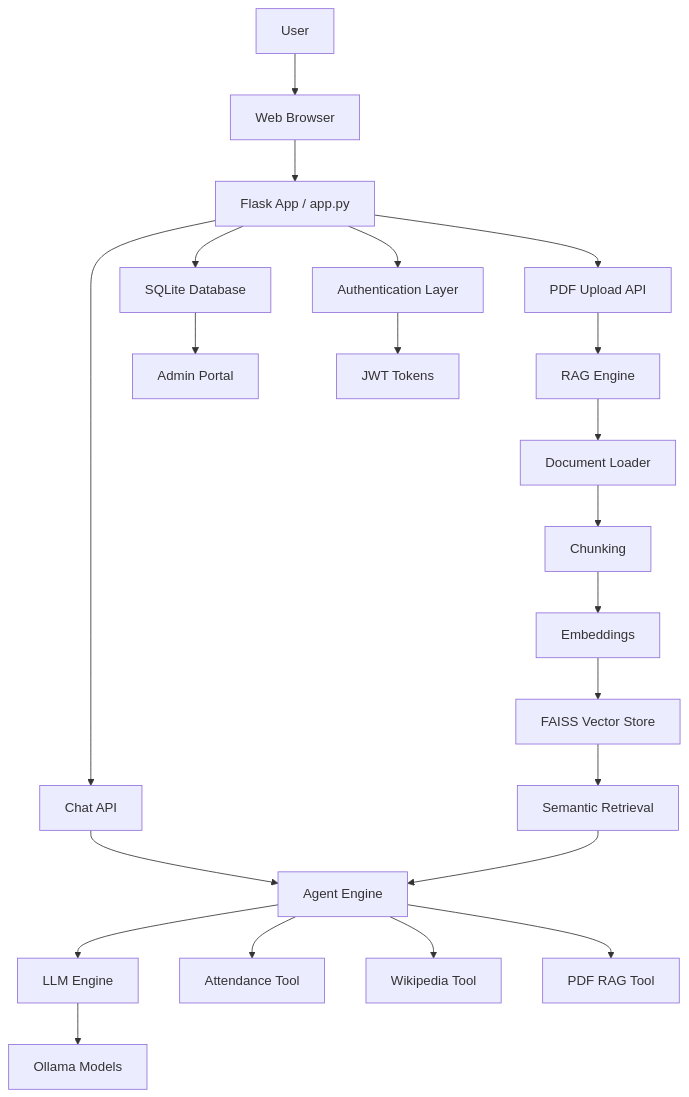
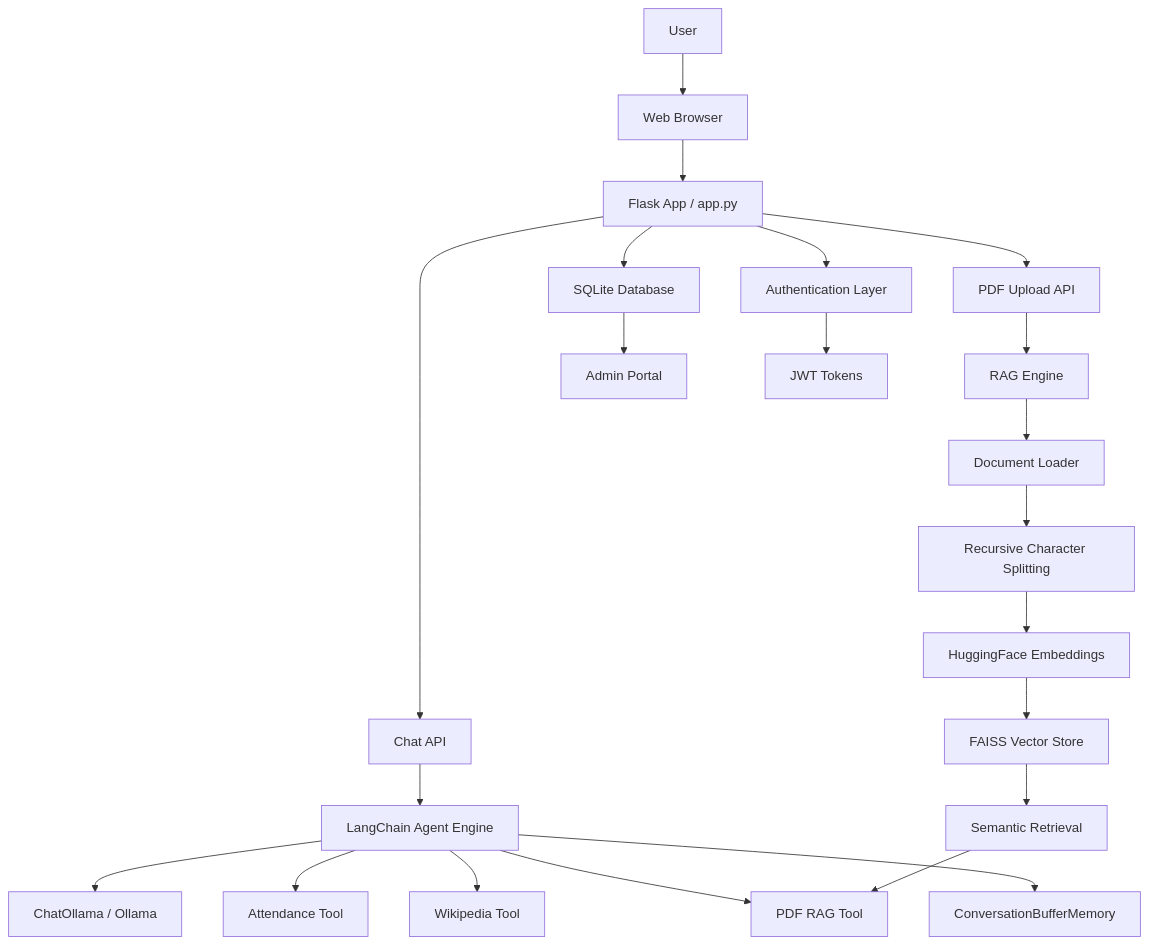
One commit to vignesh059/ollama-langchain-rag-assistant changed the second of 2 diagrams in README.md. Above: the diagram before and after it, drawn with Mermaid. The commit also changed other lines of this file, not shown here.

Commit message:
Highlight LangChain tools, memory, and RAG pipeline in README

````diff
--- a/README.md
+++ b/README.md
@@ -20,28 +96,27 @@
 ```mermaid
 flowchart TD
     U[User] --> B[Web Browser]
     B --> F[Flask App / app.py]
     F --> A[Authentication Layer]
     F --> C[Chat API]
     F --> P[PDF Upload API]
 
-    C --> E[Agent Engine]
-    E --> L[LLM Engine]
+    C --> E[LangChain Agent Engine]
+    E --> L[ChatOllama / Ollama]
     E --> T1[Attendance Tool]
     E --> T2[Wikipedia Tool]
     E --> T3[PDF RAG Tool]
-
-    L --> O[Ollama Models]
+    E --> MEM[ConversationBufferMemory]
 
     P --> R[RAG Engine]
     R --> D[Document Loader]
-    D --> S[Chunking]
-    S --> M[Embeddings]
+    D --> S[Recursive Character Splitting]
+    S --> M[HuggingFace Embeddings]
     M --> V[FAISS Vector Store]
     V --> Q[Semantic Retrieval]
-    Q --> E
+    Q --> T3
 
     F --> DB[SQLite Database]
     DB --> ADM[Admin Portal]
     A --> JWT[JWT Tokens]
 ```
````
